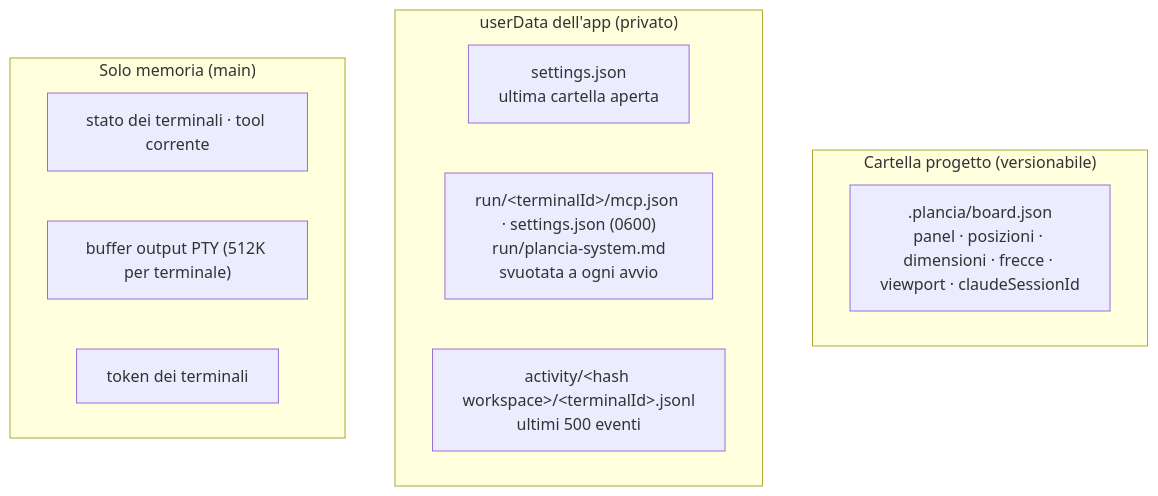
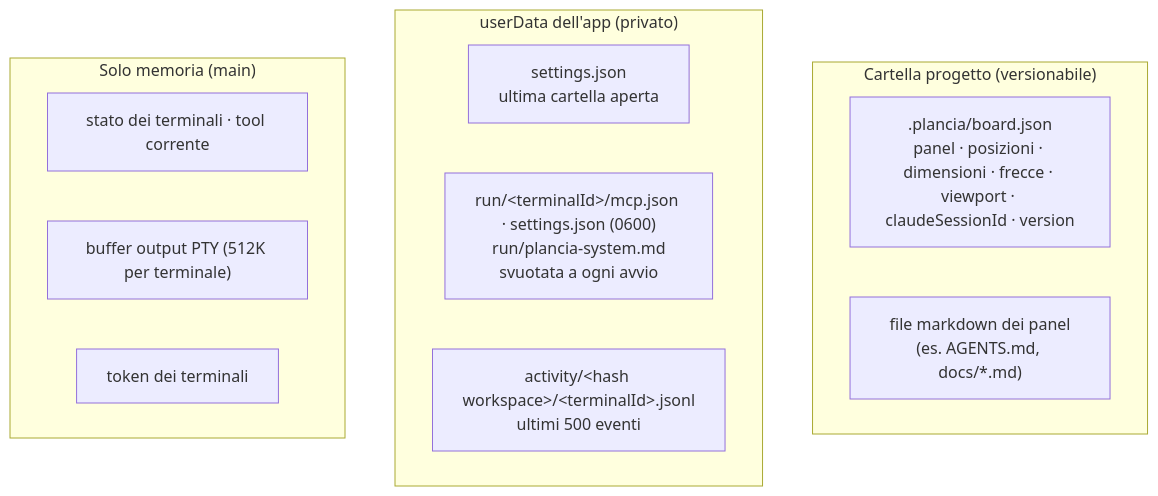
One commit to Marco-Pagnanini/OpenPlancia changed the ninth of 10 diagrams in ARCHITECTURE.md. Above: the diagram before and after it, drawn with Mermaid. The commit also changed other lines of this file and 30 other files, not shown here.

````diff
--- a/ARCHITECTURE.md
+++ b/ARCHITECTURE.md
@@ -241,16 +293,17 @@
 ```mermaid
 flowchart TB
   subgraph PRJ["Cartella progetto (versionabile)"]
-    BJ[".plancia/board.json<br/>panel · posizioni · dimensioni · frecce · viewport · claudeSessionId"]
+    BJ[".plancia/board.json<br/>panel · posizioni · dimensioni · frecce · viewport · claudeSessionId · version"]
+    MDF["file markdown dei panel<br/>(es. AGENTS.md, docs/*.md)"]
   end
   subgraph UD["userData dell'app (privato)"]
     SET["settings.json<br/>ultima cartella aperta"]
     RUN["run/&lt;terminalId&gt;/mcp.json · settings.json (0600)<br/>run/plancia-system.md<br/>svuotata a ogni avvio"]
     ACTD["activity/&lt;hash workspace&gt;/&lt;terminalId&gt;.jsonl<br/>ultimi 500 eventi"]
   end
   subgraph MEM["Solo memoria (main)"]
     RT["stato dei terminali · tool corrente"]
     BUF["buffer output PTY (512K per terminale)"]
     TOK["token dei terminali"]
   end
 ```
````
